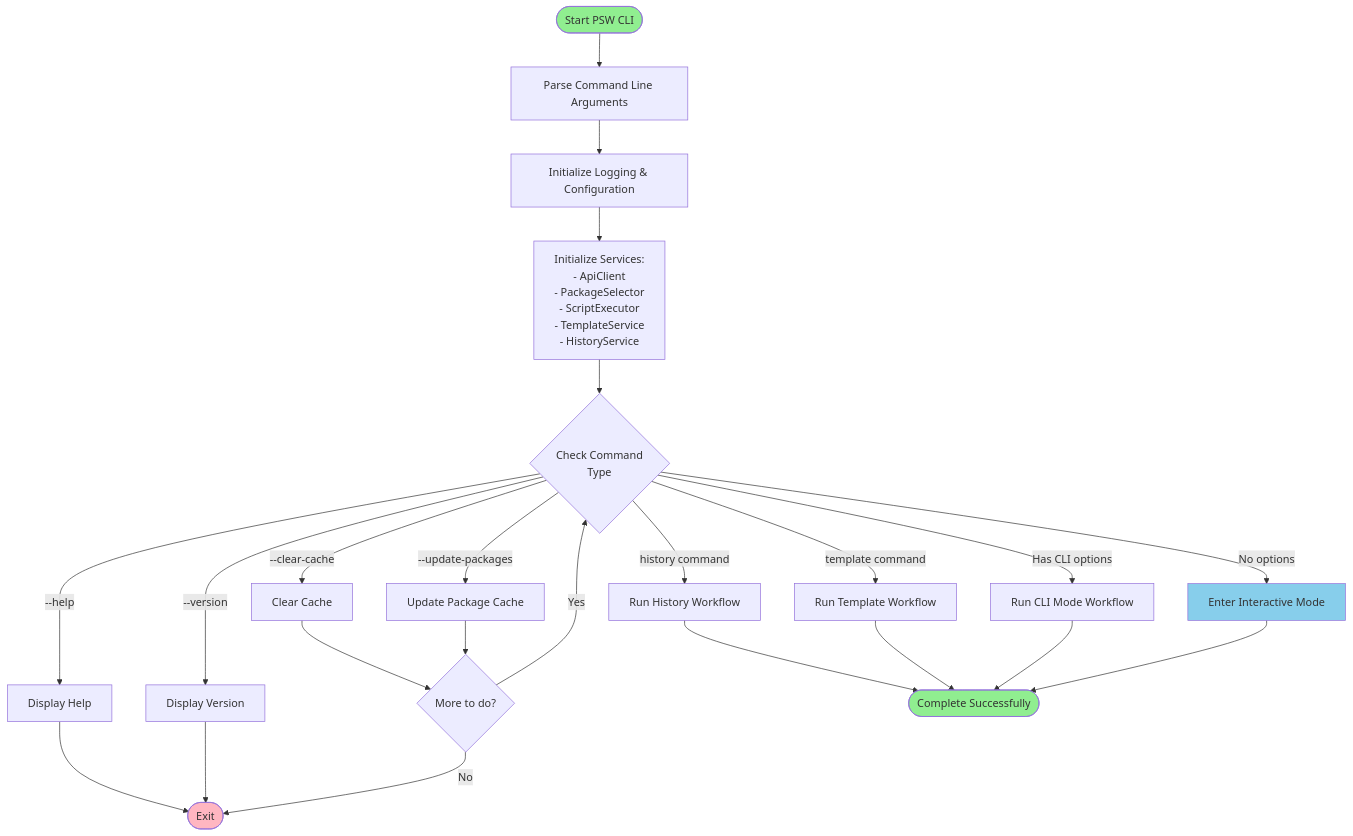
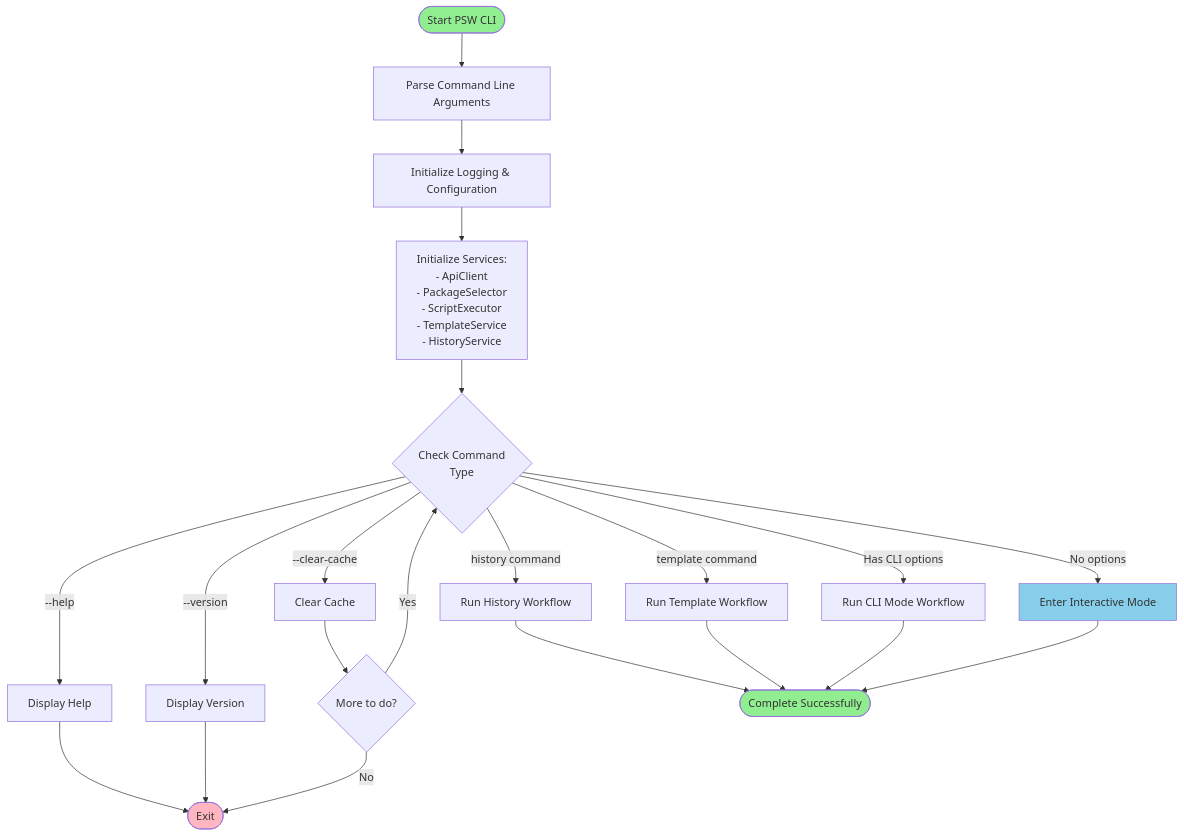
The first of 8 diagrams in .github/CLI-Interactive-Mode-Flow.md (prjseal/Package-Script-Writer), drawn with Mermaid before and after one commit. The commit also changed other lines of this file and 4 other files, not shown here.

First line of the commit message:
Remove --no-cache and --update-packages flags

````diff
--- a/.github/CLI-Interactive-Mode-Flow.md
+++ b/.github/CLI-Interactive-Mode-Flow.md
@@ -11,34 +11,32 @@
 ```mermaid
 flowchart TD
     Start([Start PSW CLI]) --> ParseArgs[Parse Command Line Arguments]
     ParseArgs --> InitLogging[Initialize Logging & Configuration]
     InitLogging --> InitServices[Initialize Services:<br/>- ApiClient<br/>- PackageSelector<br/>- ScriptExecutor<br/>- TemplateService<br/>- HistoryService]
 
     InitServices --> CheckFlags{Check Command<br/>Type}
 
     CheckFlags -->|--help| ShowHelp[Display Help]
     CheckFlags -->|--version| ShowVersion[Display Version]
     CheckFlags -->|--clear-cache| ClearCache[Clear Cache]
-    CheckFlags -->|--update-packages| UpdateCache[Update Package Cache]
     CheckFlags -->|history command| HistoryWorkflow[Run History Workflow]
     CheckFlags -->|template command| TemplateWorkflow[Run Template Workflow]
     CheckFlags -->|Has CLI options| CliWorkflow[Run CLI Mode Workflow]
     CheckFlags -->|No options| InteractiveMode[Enter Interactive Mode]
 
     ShowHelp --> End([Exit])
     ShowVersion --> End
     ClearCache --> CheckMore{More to do?}
-    UpdateCache --> CheckMore
     CheckMore -->|Yes| CheckFlags
     CheckMore -->|No| End
 
     HistoryWorkflow --> Success([Complete Successfully])
     TemplateWorkflow --> Success
     CliWorkflow --> Success
     InteractiveMode --> Success
 
     style Start fill:#90EE90
     style End fill:#FFB6C1
     style Success fill:#90EE90
     style InteractiveMode fill:#87CEEB
 ```
````
